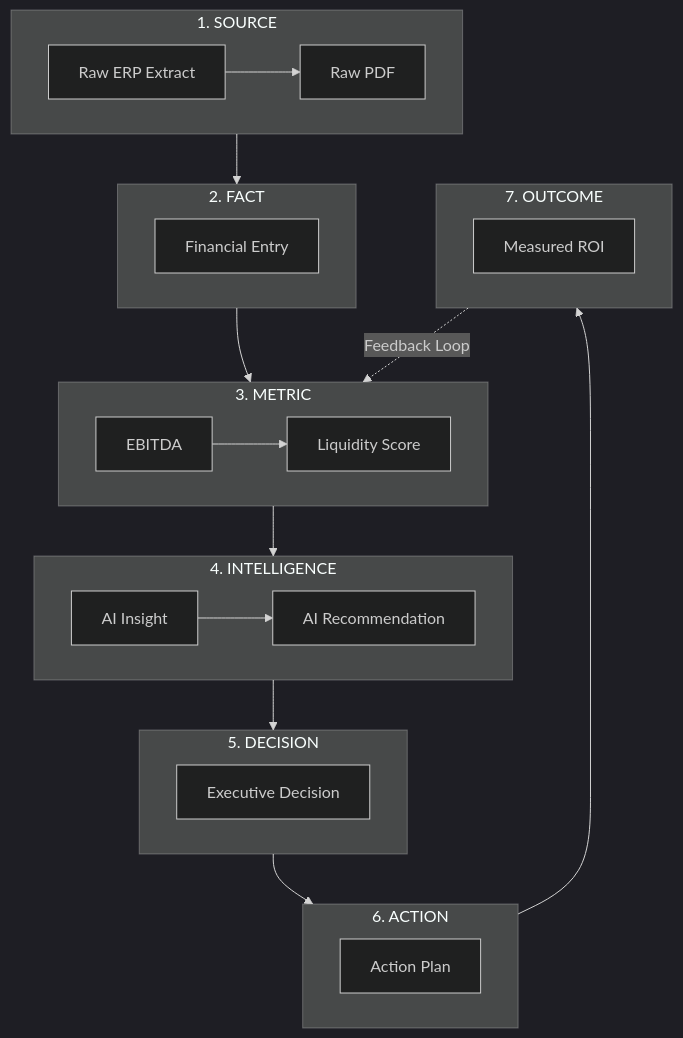
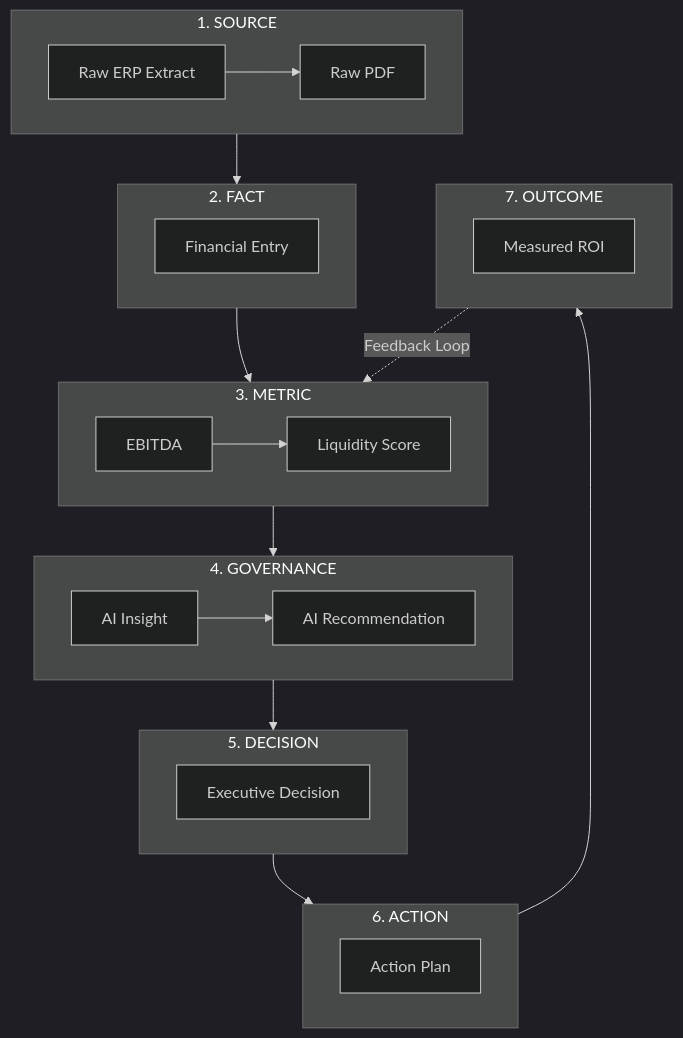
The first of 3 diagrams in ILLUMINE_PHASE_3_5_FINANCIAL_DATA_MODEL.md (marcelosouzaillumine/illumine-estrategic-intelligence-advisor), drawn with Mermaid (dark theme) before and after one commit. The commit also changed other lines of this file and 1140 other files, not shown here.

````diff
--- a/ILLUMINE_PHASE_3_5_FINANCIAL_DATA_MODEL.md
+++ b/ILLUMINE_PHASE_3_5_FINANCIAL_DATA_MODEL.md
@@ -89,32 +89,32 @@
 ```mermaid
 flowchart TD
     subgraph L1 [1. SOURCE]
         A[Raw ERP Extract] --> B[Raw PDF]
     end
     subgraph L2 [2. FACT]
         C[Financial Entry]
     end
     subgraph L3 [3. METRIC]
         D[EBITDA] --> E[Liquidity Score]
     end
-    subgraph L4 [4. INTELLIGENCE]
+    subgraph L4 [4. GOVERNANCE]
         F[AI Insight] --> G[AI Recommendation]
     end
     subgraph L5 [5. DECISION]
         H[Executive Decision]
     end
     subgraph L6 [6. ACTION]
         I[Action Plan]
     end
     subgraph L7 [7. OUTCOME]
         J[Measured ROI]
     end
 
     L1 --> L2
     L2 --> L3
     L3 --> L4
     L4 --> L5
     L5 --> L6
     L6 --> L7
     L7 -.Feedback Loop.-> L3
 ```
````
